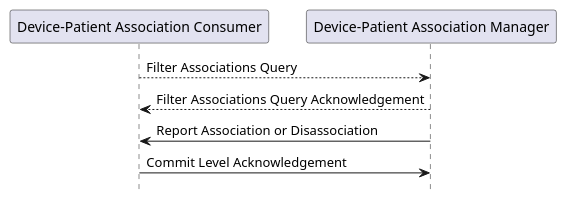
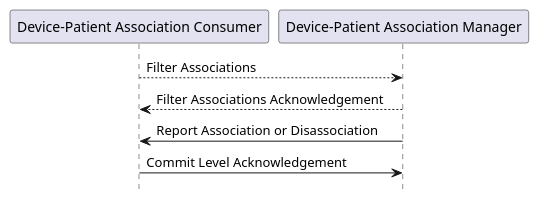
The third of 3 diagrams in CPs/IHE_DEV_Suppl_PCIM_Foundational CP applied.adoc (IHE/DEV.PCIM), drawn with PlantUML before and after one commit. The commit also changed other lines of this file and 1 other file, not shown here.

```diff
--- a/CPs/IHE_DEV_Suppl_PCIM_Foundational CP applied.adoc
+++ b/CPs/IHE_DEV_Suppl_PCIM_Foundational CP applied.adoc
@@ -700,12 +700,12 @@
 [plantuml, asciidoc-plant-uml-manager-consumer-filter-interaction-diagram, svg]
 ....
 @startuml
 hide footbox
 participant "Device-Patient Association Consumer" as consumer  
 participant "Device-Patient Association Manager"  as manager
-consumer --> manager : Filter Associations Query
-manager --> consumer : Filter Associations Query Acknowledgement
+consumer --> manager : Filter Associations
+manager --> consumer : Filter Associations Acknowledgement
 manager -> consumer : Report Association or Disassociation
 consumer -> manager : Commit Level Acknowledgement
 @enduml
 ....
```
